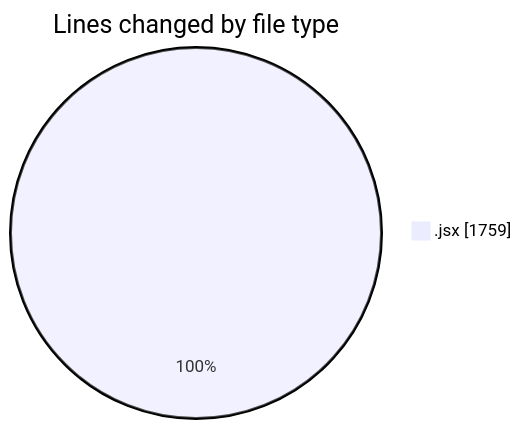
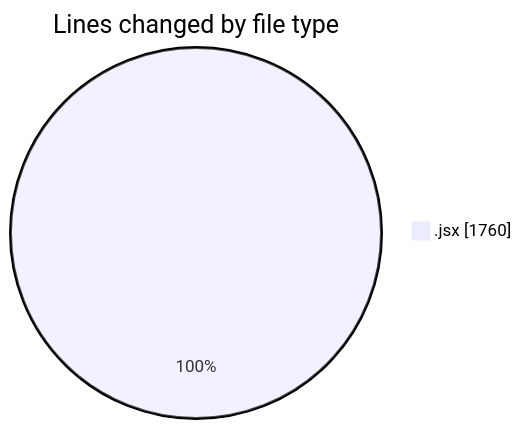
Before and after one commit to nxtqubesakshisongat/code-tracking: the first of 2 diagrams in 2025-12-04/nxtqube_webapp/README.md, drawn with Mermaid. The commit also changed other lines of this file and 1 other file, not shown here.

````diff
--- a/2025-12-04/nxtqube_webapp/README.md
+++ b/2025-12-04/nxtqube_webapp/README.md
@@ -21,5 +21,5 @@
 ```mermaid
 pie showData
 title Lines changed by file type
-".jsx" : 1759
+".jsx" : 1760
 ```
````
